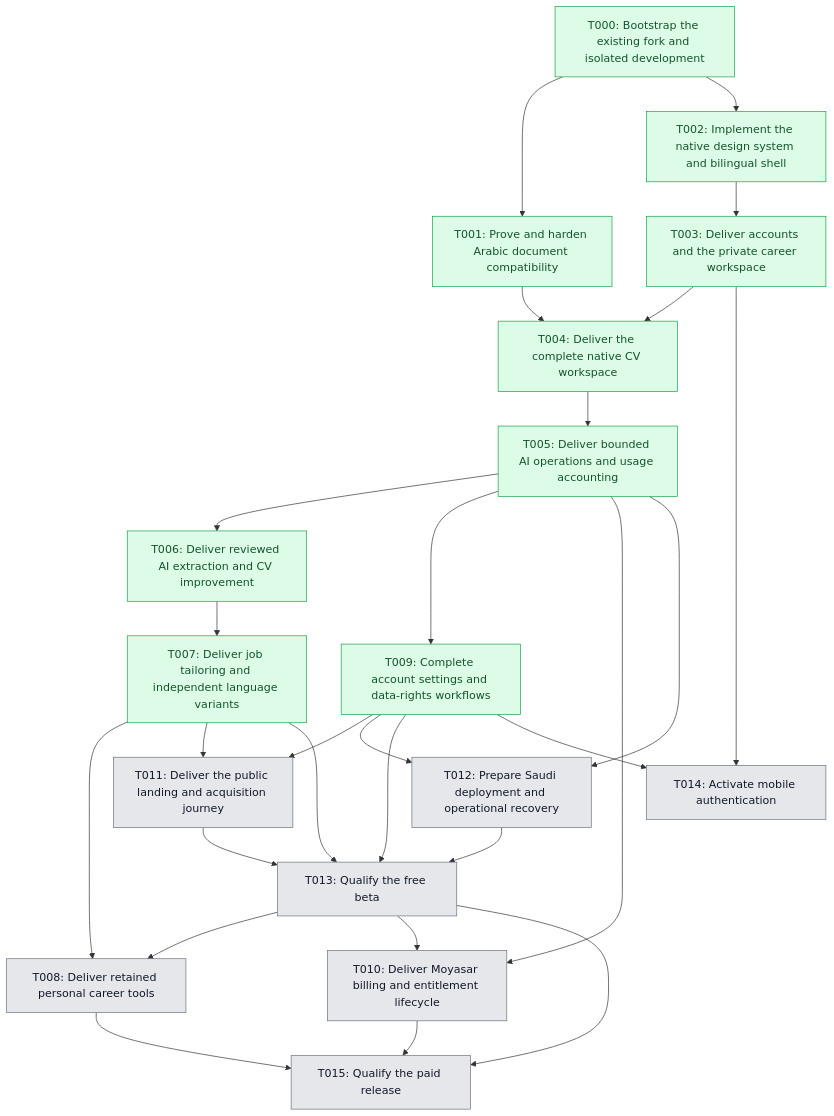
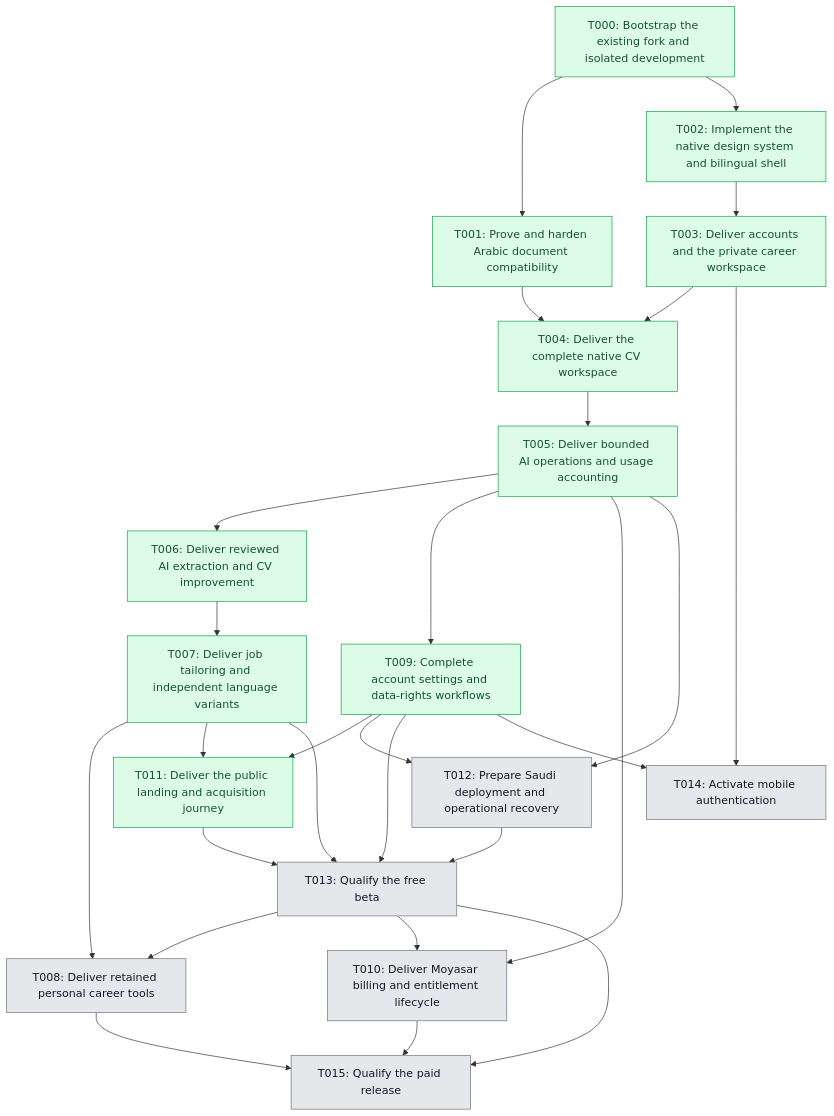
One commit to 0-sayed/master-cv changed the diagram in Planning/roadmap/dependencies.mmd. Above: the diagram before and after it, drawn with Mermaid. The commit also changed 2 other files, not shown here.

Commit message:
docs(roadmap): record T011 completion and validation evidence
Mark the public experience task complete and keep the dependency graph aligned. Record the frame inventory, owner-approved deviations, claim gates, production HTML inspection and actual validation results.

```diff
--- a/Planning/roadmap/dependencies.mmd
+++ b/Planning/roadmap/dependencies.mmd
@@ -1,49 +1,49 @@
 flowchart TD
     T000["T000: Bootstrap the existing fork and isolated development"]
     T001["T001: Prove and harden Arabic document compatibility"]
     T002["T002: Implement the native design system and bilingual shell"]
     T003["T003: Deliver accounts and the private career workspace"]
     T004["T004: Deliver the complete native CV workspace"]
     T005["T005: Deliver bounded AI operations and usage accounting"]
     T006["T006: Deliver reviewed AI extraction and CV improvement"]
     T007["T007: Deliver job tailoring and independent language variants"]
     T008["T008: Deliver retained personal career tools"]
     T009["T009: Complete account settings and data-rights workflows"]
     T010["T010: Deliver Moyasar billing and entitlement lifecycle"]
     T011["T011: Deliver the public landing and acquisition journey"]
     T012["T012: Prepare Saudi deployment and operational recovery"]
     T013["T013: Qualify the free beta"]
     T014["T014: Activate mobile authentication"]
     T015["T015: Qualify the paid release"]
 
     T000 --> T001
     T000 --> T002
     T002 --> T003
     T001 --> T004
     T003 --> T004
     T004 --> T005
     T005 --> T006
     T006 --> T007
     T007 --> T008
     T013 --> T008
     T005 --> T009
     T005 --> T010
     T013 --> T010
     T007 --> T011
     T009 --> T011
     T005 --> T012
     T009 --> T012
     T007 --> T013
     T009 --> T013
     T011 --> T013
     T012 --> T013
     T003 --> T014
     T009 --> T014
     T008 --> T015
     T010 --> T015
     T013 --> T015
 
     classDef pending fill:#e5e7eb,stroke:#6b7280,color:#111827;
     classDef done fill:#dcfce7,stroke:#16a34a,color:#14532d;
-    class T000,T001,T002,T003,T004,T005,T006,T007,T009 done;
-    class T008,T010,T011,T012,T013,T014,T015 pending;
+    class T000,T001,T002,T003,T004,T005,T006,T007,T009,T011 done;
+    class T008,T010,T012,T013,T014,T015 pending;
```
